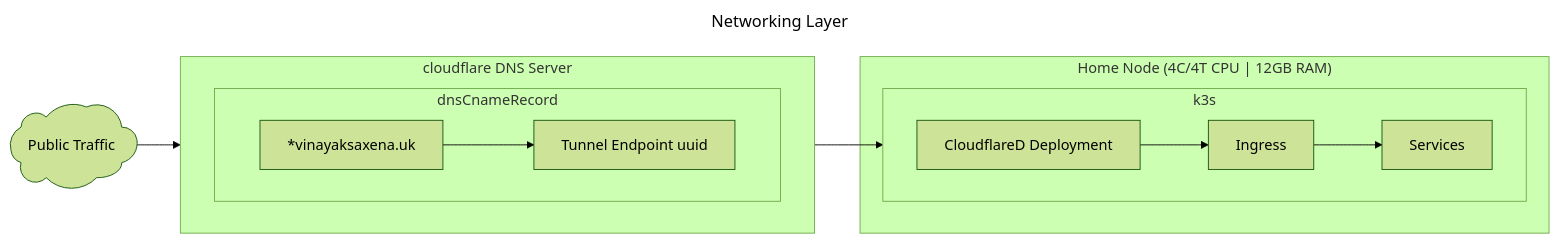
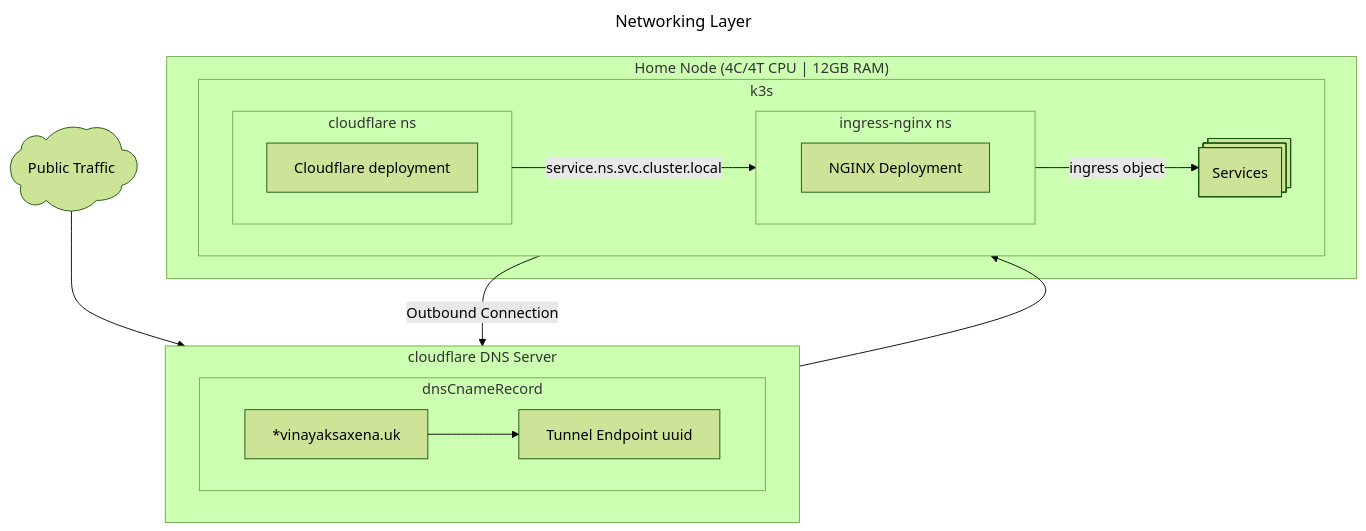
One commit to saxenavinayak/sugar-lane changed the second of 3 diagrams in README.md. Above: the diagram before and after it, drawn with Mermaid (forest theme). The commit also changed other lines of this file and 2 other files, not shown here.

````diff
--- a/README.md
+++ b/README.md
@@ -25,34 +25,51 @@
 ```mermaid
 ---
 title: Networking Layer
 ---
 
 
-flowchart LR
-    publicTrafficCloud@{ shape: cloud, label: "Public Traffic" } --> id9
-    id9 --> cloudflareD
+flowchart TD
+    publicTrafficCloud@{ shape: cloud, label: "Public Traffic" } --> cloudFlareServer
+    cloudflaredpod --Outbound Connection--> cloudFlareServer
+    cloudFlareServer --> cloudflaredpod
+    
     
     
 subgraph myNode["Home Node (4C/4T CPU | 12GB RAM)"]
     k3s
 end
 
 subgraph "k3s"
     direction LR
-    cloudflareD["CloudflareD Deployment"]
-    cloudflareD --> id3["NGINX Ingress"]
-    id3["Ingress"] --> id4["Services"]
+    
+    services@{ shape: processes, label: "Services" }
+
+    
+    cloudflarens --service.ns.svc.cluster.local--> nginxns
+    nginxns --ingress object--> services
+
+
 end
 
 
-subgraph id9["cloudflare DNS Server"]
+subgraph cloudFlareServer["cloudflare DNS Server"]
     direction LR
     dnsCnameRecord
 end
 
 subgraph "dnsCnameRecord"
     direction LR
-    id5["*vinayaksaxena.uk"]--> id6["Tunnel Endpoint uuid"]
+    CNAMEKey["*vinayaksaxena.uk"]
+    CNAMEValue["Tunnel Endpoint uuid"]
+    CNAMEKey --> CNAMEValue
 end
 
+subgraph cloudflarens["cloudflare ns"]
+    cloudflaredpod["Cloudflare deployment"]
+
+end
+
+subgraph nginxns["ingress-nginx ns"]
+    ingresspod["NGINX Deployment"]
+end
 ```
````
